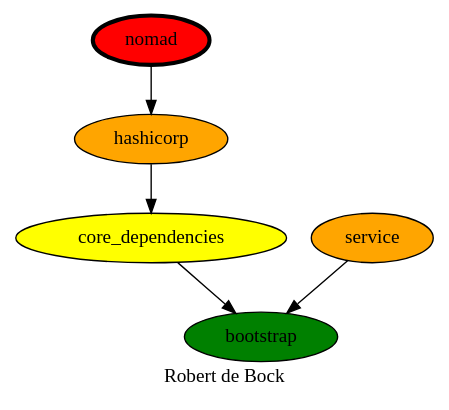
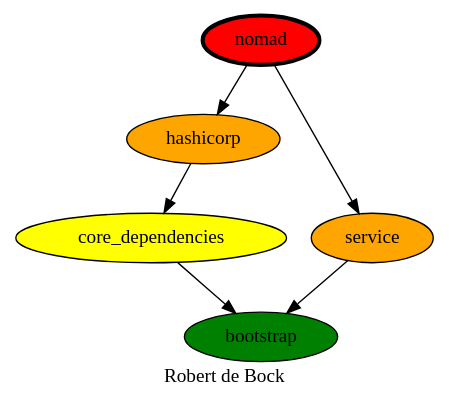
One commit to robertdebock/drawings changed the diagram in nomad.dot. Above: the diagram before and after it, drawn with Graphviz.

Commit message:
nomad depends on service.

```diff
--- a/nomad.dot
+++ b/nomad.dot
@@ -1,14 +1,14 @@
 digraph PhiloDilemma {
   label = "Robert de Bock" ;
   overlap=false
   {
     bootstrap [fillcolor=green style=filled]
     "core_dependencies" [fillcolor=yellow style=filled]
     hashicorp [fillcolor=orange style=filled]
     service [fillcolor=orange style=filled]
     nomad [fillcolor=red style=filled penwidth=3]
   }
   {"core_dependencies" service} -> bootstrap
   hashicorp -> "core_dependencies"
-  nomad -> hashicorp
+  nomad -> {hashicorp service}
 }
```
